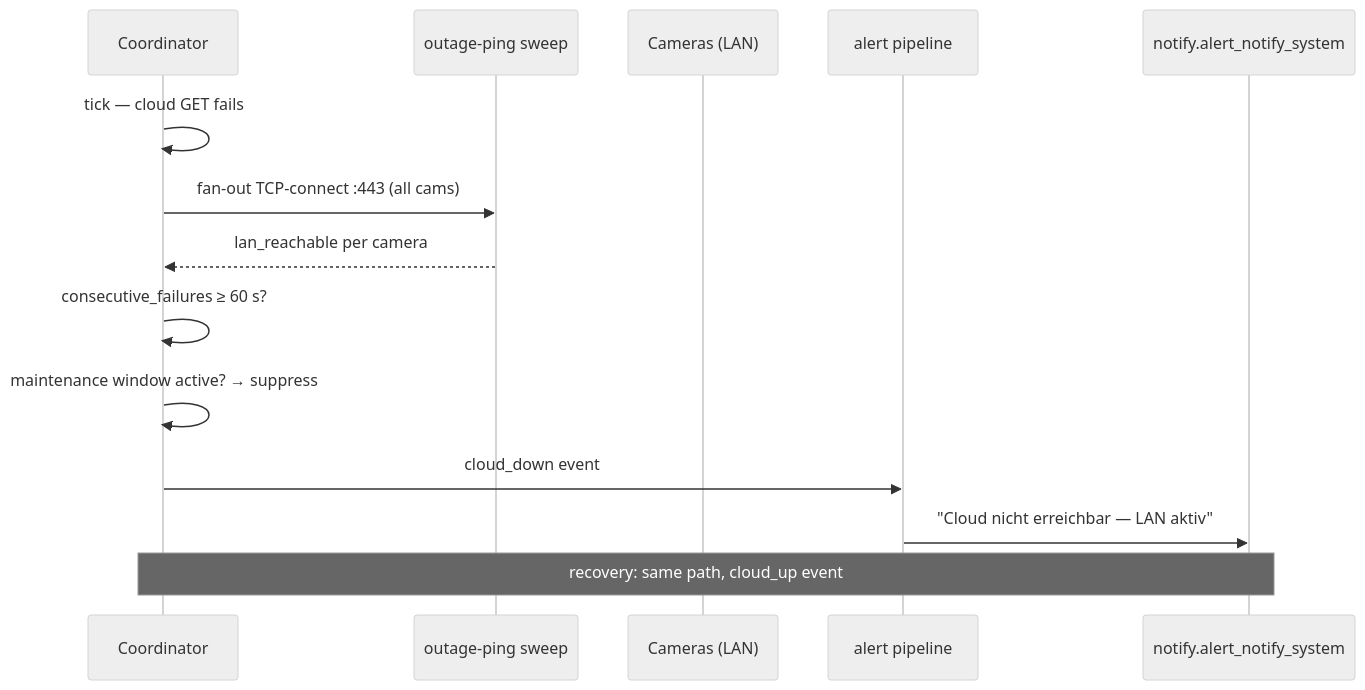
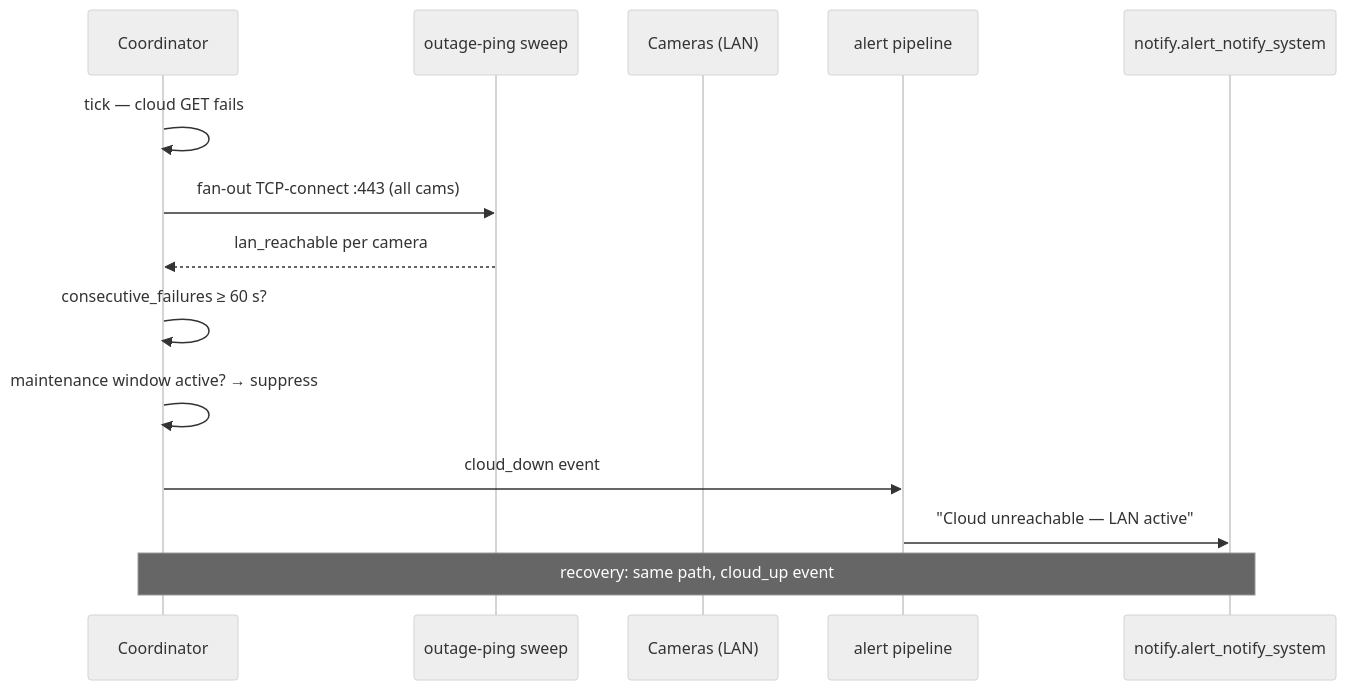
Before and after one commit to mosandlt/Bosch-Smart-Home-Camera-Tool-HomeAssistant: the eighth of 11 diagrams in README.md, drawn with Mermaid (neutral theme). The commit also changed other lines of this file, not shown here.

````diff
--- a/README.md
+++ b/README.md
@@ -663,17 +663,17 @@
 ```mermaid
 sequenceDiagram
     participant Coord as Coordinator
     participant Ping as outage-ping sweep
     participant Cam as Cameras (LAN)
     participant Alert as alert pipeline
     participant Notify as notify.alert_notify_system
 
     Coord->>Coord: tick — cloud GET fails
     Coord->>Ping: fan-out TCP-connect :443 (all cams)
     Ping-->>Coord: lan_reachable per camera
     Coord->>Coord: consecutive_failures ≥ 60 s?
     Coord->>Coord: maintenance window active? → suppress
     Coord->>Alert: cloud_down event
-    Alert->>Notify: "Cloud nicht erreichbar — LAN aktiv"
+    Alert->>Notify: "Cloud unreachable — LAN active"
     Note over Coord,Notify: recovery: same path, cloud_up event
 ```
````
